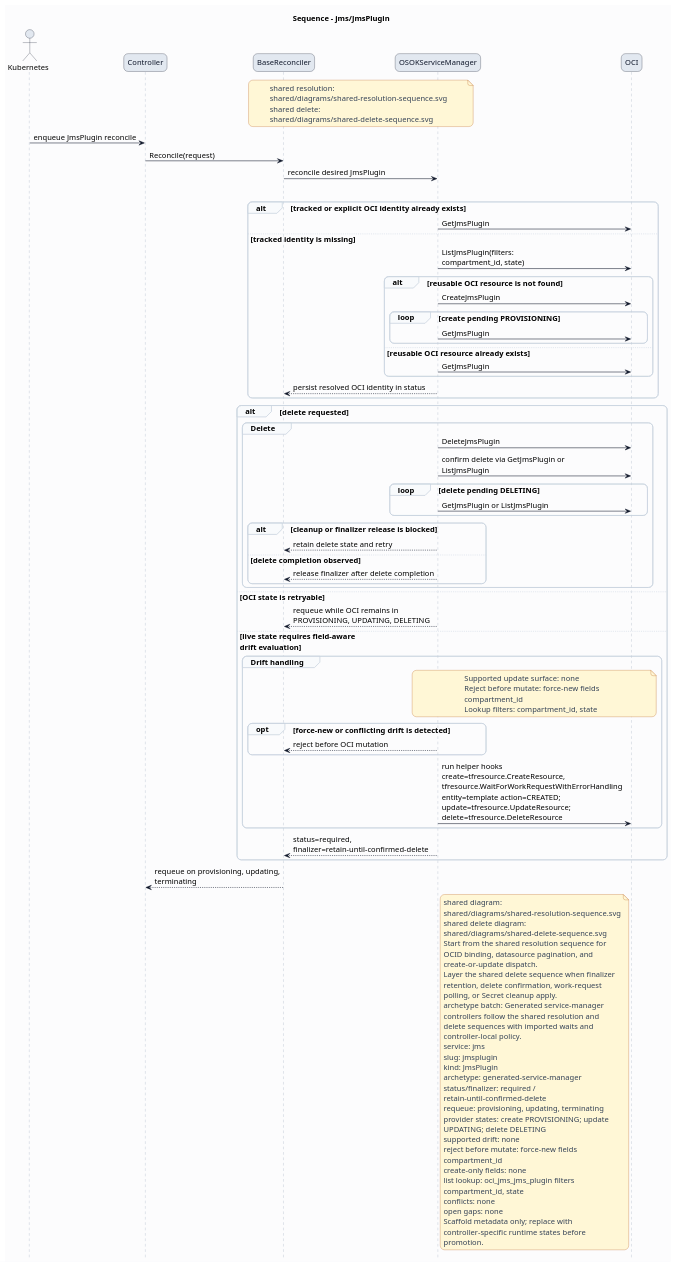
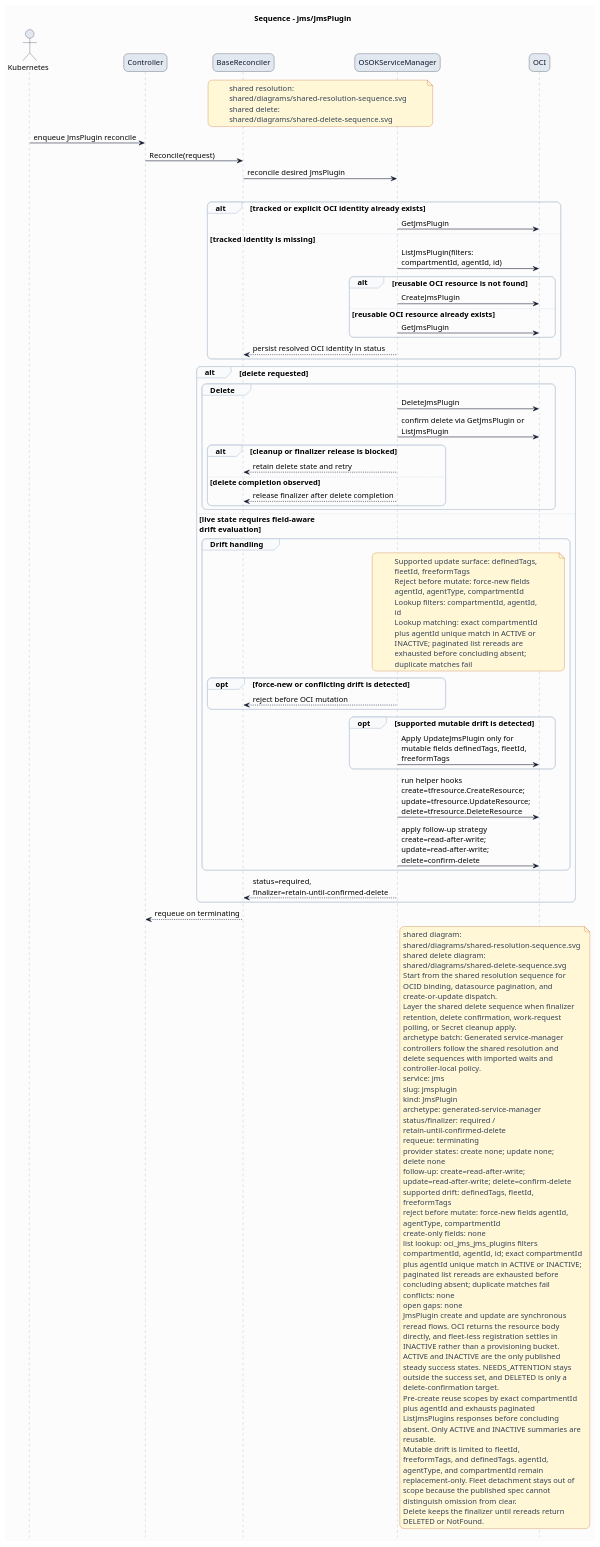
One commit to HaoyL666/oci-service-operator changed the diagram in formal/controllers/jms/jmsplugin/diagrams/sequence.puml. Above: the diagram before and after it, drawn with PlantUML. The commit also changed 12 other files, not shown here.

Commit message:
US-173: implement jms JmsPlugin runtime

```diff
--- a/formal/controllers/jms/jmsplugin/diagrams/sequence.puml
+++ b/formal/controllers/jms/jmsplugin/diagrams/sequence.puml
@@ -1,119 +1,146 @@
 @startuml
 skinparam shadowing false
 skinparam backgroundColor #fcfcfd
 skinparam defaultFontName Helvetica
 skinparam defaultFontSize 14
 skinparam arrowColor #0f172a
 skinparam noteBackgroundColor #fff7d6
 skinparam noteBorderColor #b45309
 skinparam noteFontColor #334155
 skinparam roundcorner 16
 title Sequence - jms/JmsPlugin
 hide footbox
 skinparam sequence {
   actorBorderColor #0f172a
   actorBackgroundColor #e2e8f0
   participantBorderColor #0f172a
   participantBackgroundColor #e2e8f0
   participantFontColor #0f172a
   lifeLineBorderColor #94a3b8
   groupBorderColor #cbd5e1
   groupBackgroundColor #f8fafc
 }
 actor Kubernetes
 participant Controller
 participant BaseReconciler
 participant "OSOKServiceManager" as ServiceManager
 participant OCI
 note over BaseReconciler,ServiceManager
 shared resolution:
 shared/diagrams/shared-resolution-sequence.svg
 shared delete:
 shared/diagrams/shared-delete-sequence.svg
 end note
 Kubernetes -> Controller: enqueue JmsPlugin reconcile
 Controller -> BaseReconciler: Reconcile(request)
 BaseReconciler -> ServiceManager: reconcile desired JmsPlugin
 group Lookup and bind
 alt tracked or explicit OCI identity already exists
 ServiceManager -> OCI: GetJmsPlugin
 else tracked identity is missing
-ServiceManager -> OCI: ListJmsPlugin(filters:\ncompartment_id, state)
+ServiceManager -> OCI: ListJmsPlugin(filters:\ncompartmentId, agentId, id)
 alt reusable OCI resource is not found
 ServiceManager -> OCI: CreateJmsPlugin
-loop create pending PROVISIONING
-ServiceManager -> OCI: GetJmsPlugin
-end
 else reusable OCI resource already exists
 ServiceManager -> OCI: GetJmsPlugin
 end
 ServiceManager --> BaseReconciler: persist resolved OCI identity in status
 end
 alt delete requested
 group Delete
 ServiceManager -> OCI: DeleteJmsPlugin
 ServiceManager -> OCI: confirm delete via GetJmsPlugin or\nListJmsPlugin
-loop delete pending DELETING
-ServiceManager -> OCI: GetJmsPlugin or ListJmsPlugin
-end
 alt cleanup or finalizer release is blocked
 ServiceManager --> BaseReconciler: retain delete state and retry
 else delete completion observed
 ServiceManager --> BaseReconciler: release finalizer after delete completion
 end
 end
-else OCI state is retryable
-ServiceManager --> BaseReconciler: requeue while OCI remains in\nPROVISIONING, UPDATING, DELETING
 else live state requires field-aware\ndrift evaluation
 group Drift handling
 note over ServiceManager,OCI
-Supported update surface: none
+Supported update surface: definedTags,
+fleetId, freeformTags
 Reject before mutate: force-new fields
-compartment_id
-Lookup filters: compartment_id, state
+agentId, agentType, compartmentId
+Lookup filters: compartmentId, agentId,
+id
+Lookup matching: exact compartmentId
+plus agentId unique match in ACTIVE or
+INACTIVE; paginated list rereads are
+exhausted before concluding absent;
+duplicate matches fail
 end note
 opt force-new or conflicting drift is detected
 ServiceManager --> BaseReconciler: reject before OCI mutation
 end
-ServiceManager -> OCI: run helper hooks\ncreate=tfresource.CreateResource,\ntfresource.WaitForWorkRequestWithErrorHandling\nentity=template action=CREATED;\nupdate=tfresource.UpdateResource;\ndelete=tfresource.DeleteResource
+opt supported mutable drift is detected
+ServiceManager -> OCI: Apply UpdateJmsPlugin only for\nmutable fields definedTags, fleetId,\nfreeformTags
+end
+ServiceManager -> OCI: run helper hooks\ncreate=tfresource.CreateResource;\nupdate=tfresource.UpdateResource;\ndelete=tfresource.DeleteResource
+ServiceManager -> OCI: apply follow-up strategy\ncreate=read-after-write;\nupdate=read-after-write;\ndelete=confirm-delete
 end
 ServiceManager --> BaseReconciler: status=required,\nfinalizer=retain-until-confirmed-delete
 end
-BaseReconciler --> Controller: requeue on provisioning, updating,\nterminating
+BaseReconciler --> Controller: requeue on terminating
 note right of ServiceManager
 shared diagram:
 shared/diagrams/shared-resolution-sequence.svg
 shared delete diagram:
 shared/diagrams/shared-delete-sequence.svg
 Start from the shared resolution sequence for
 OCID binding, datasource pagination, and
 create-or-update dispatch.
 Layer the shared delete sequence when finalizer
 retention, delete confirmation, work-request
 polling, or Secret cleanup apply.
 archetype batch: Generated service-manager
 controllers follow the shared resolution and
 delete sequences with imported waits and
 controller-local policy.
 service: jms
 slug: jmsplugin
 kind: JmsPlugin
 archetype: generated-service-manager
 status/finalizer: required /
 retain-until-confirmed-delete
-requeue: provisioning, updating, terminating
-provider states: create PROVISIONING; update
-UPDATING; delete DELETING
-supported drift: none
-reject before mutate: force-new fields
-compartment_id
+requeue: terminating
+provider states: create none; update none;
+delete none
+follow-up: create=read-after-write;
+update=read-after-write; delete=confirm-delete
+supported drift: definedTags, fleetId,
+freeformTags
+reject before mutate: force-new fields agentId,
+agentType, compartmentId
 create-only fields: none
-list lookup: oci_jms_jms_plugin filters
-compartment_id, state
+list lookup: oci_jms_jms_plugins filters
+compartmentId, agentId, id; exact compartmentId
+plus agentId unique match in ACTIVE or INACTIVE;
+paginated list rereads are exhausted before
+concluding absent; duplicate matches fail
 conflicts: none
 open gaps: none
-Scaffold metadata only; replace with
-controller-specific runtime states before
-promotion.
+JmsPlugin create and update are synchronous
+reread flows. OCI returns the resource body
+directly, and fleet-less registration settles in
+INACTIVE rather than a provisioning bucket.
+ACTIVE and INACTIVE are the only published
+steady success states. NEEDS_ATTENTION stays
+outside the success set, and DELETED is only a
+delete-confirmation target.
+Pre-create reuse scopes by exact compartmentId
+plus agentId and exhausts paginated
+ListJmsPlugins responses before concluding
+absent. Only ACTIVE and INACTIVE summaries are
+reusable.
+Mutable drift is limited to fleetId,
+freeformTags, and definedTags. agentId,
+agentType, and compartmentId remain
+replacement-only. Fleet detachment stays out of
+scope because the published spec cannot
+distinguish omission from clear.
+Delete keeps the finalizer until rereads return
+DELETED or NotFound.
 end note
 @enduml
```
